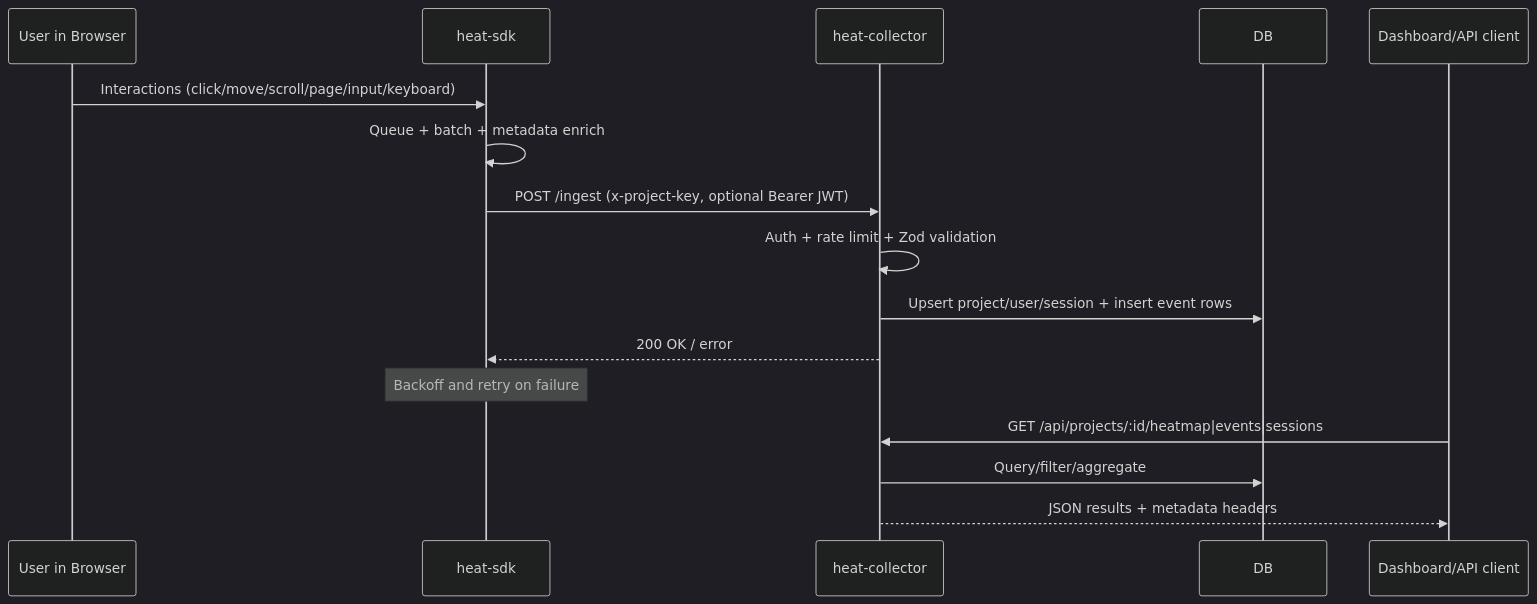
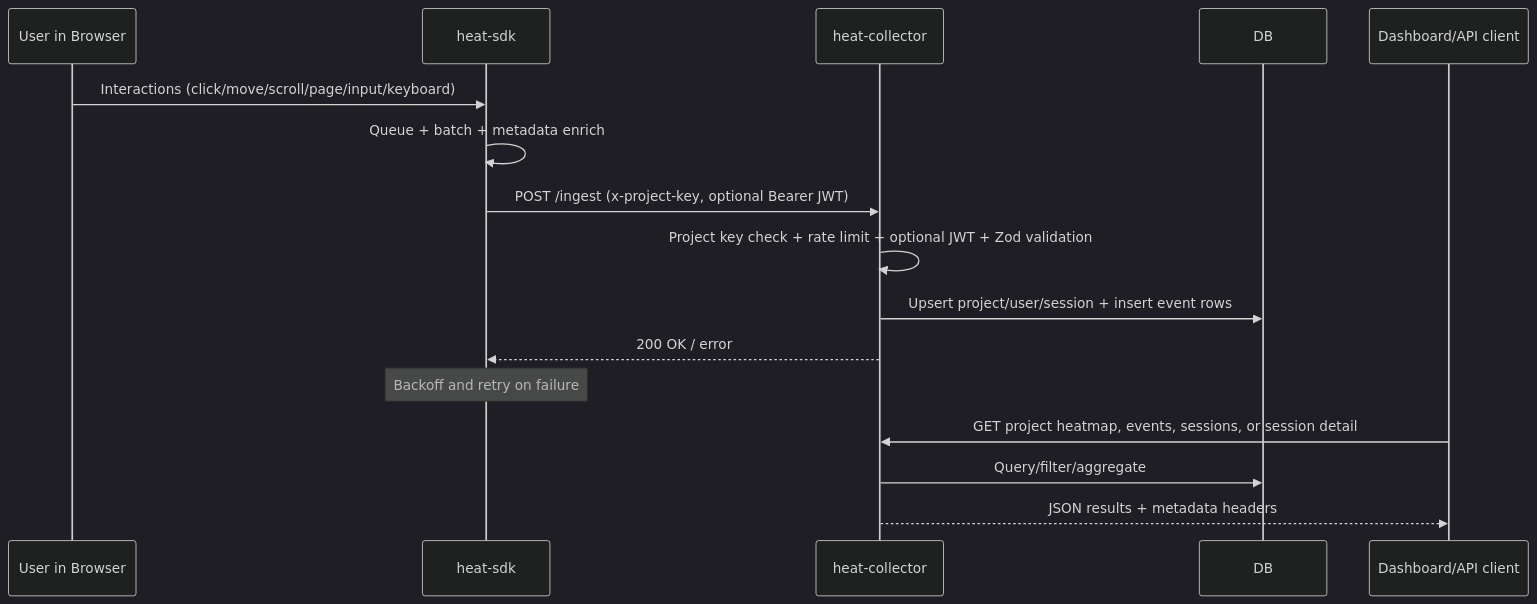
The second of 2 diagrams in ARCHITECTURE.md (m-software-engineering/heat-tracker), drawn with Mermaid (dark theme) before and after one commit. The commit also changed other lines of this file and 1 other file, not shown here.

Commit message:
docs: fix architecture diagrams

````diff
--- a/ARCHITECTURE.md
+++ b/ARCHITECTURE.md
@@ -59,20 +59,20 @@
 ```mermaid
 sequenceDiagram
   participant U as User in Browser
   participant S as heat-sdk
   participant C as heat-collector
   participant D as DB
 
   U->>S: Interactions (click/move/scroll/page/input/keyboard)
   S->>S: Queue + batch + metadata enrich
   S->>C: POST /ingest (x-project-key, optional Bearer JWT)
-  C->>C: Auth + rate limit + Zod validation
+  C->>C: Project key check + rate limit + optional JWT + Zod validation
   C->>D: Upsert project/user/session + insert event rows
   C-->>S: 200 OK / error
   Note over S: Backoff and retry on failure
 
   participant Q as Dashboard/API client
-  Q->>C: GET /api/projects/:id/heatmap|events|sessions
+  Q->>C: GET project heatmap, events, sessions, or session detail
   C->>D: Query/filter/aggregate
   C-->>Q: JSON results + metadata headers
 ```
````
